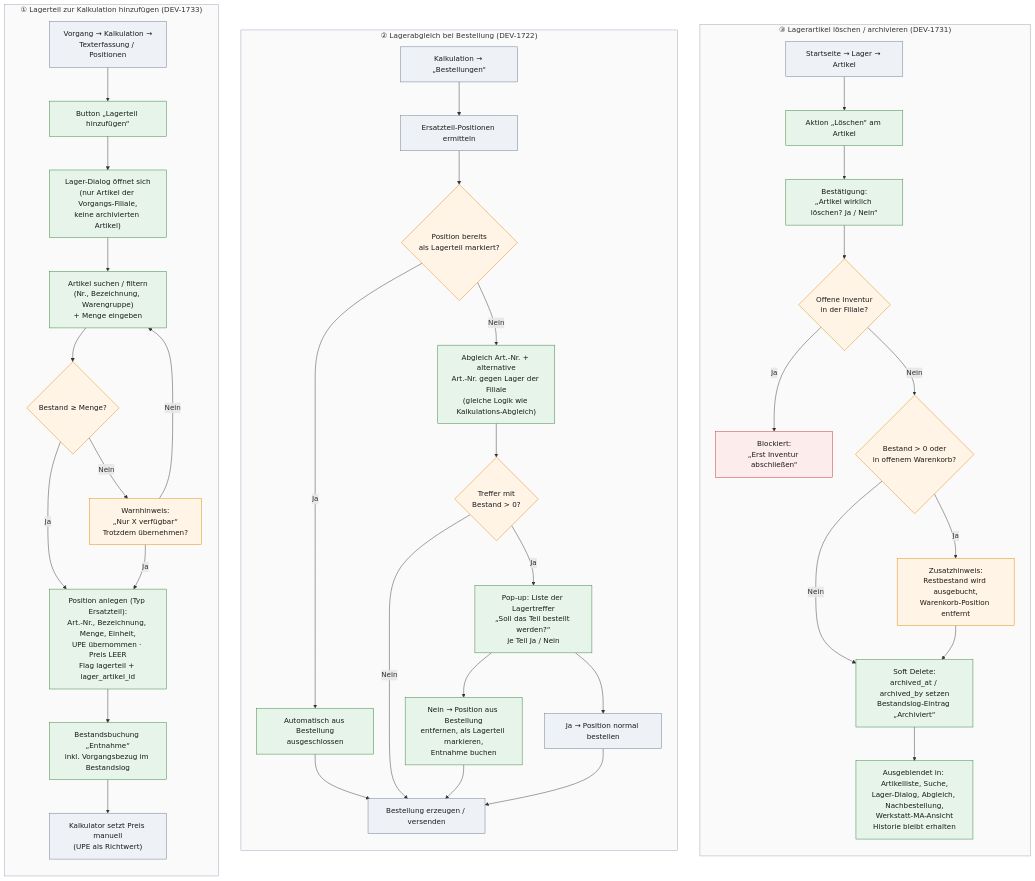
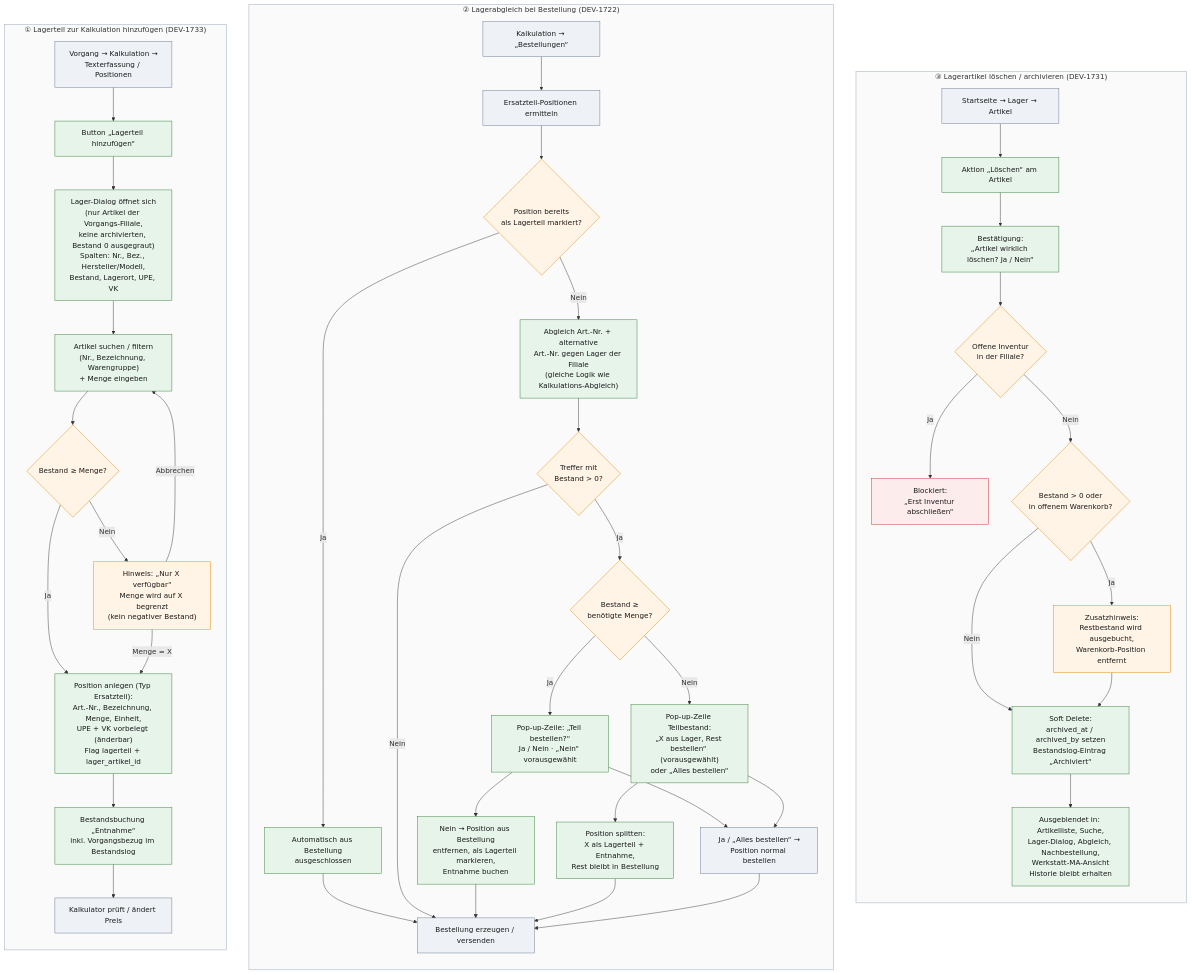
The diagram in diagrams/lagermodul_prozessflow.mmd (tb546/Enhancements-to-the-Lager-Modul-for-comprehensive-use.), drawn with Mermaid before and after one commit. The commit also changed 10 other files, not shown here.

```diff
--- a/diagrams/lagermodul_prozessflow.mmd
+++ b/diagrams/lagermodul_prozessflow.mmd
@@ -1,70 +1,78 @@
 flowchart LR
     classDef new fill:#E6F4EA,stroke:#2E7D32,color:#1B1B1B
     classDef decision fill:#FFF4E5,stroke:#E08600,color:#1B1B1B
     classDef existing fill:#EEF2F7,stroke:#64748B,color:#1B1B1B
     classDef stop fill:#FDECEC,stroke:#C62828,color:#1B1B1B
 
     subgraph A["① Lagerteil zur Kalkulation hinzufügen (DEV-1733)"]
         direction TB
         A1["Vorgang → Kalkulation →<br/>Texterfassung / Positionen"]:::existing
         A2["Button „Lagerteil hinzufügen“"]:::new
-        A3["Lager-Dialog öffnet sich<br/>(nur Artikel der Vorgangs-Filiale,<br/>keine archivierten Artikel)"]:::new
+        A3["Lager-Dialog öffnet sich<br/>(nur Artikel der Vorgangs-Filiale,<br/>keine archivierten, Bestand 0 ausgegraut)<br/>Spalten: Nr., Bez., Hersteller/Modell,<br/>Bestand, Lagerort, UPE, VK"]:::new
         A4["Artikel suchen / filtern<br/>(Nr., Bezeichnung, Warengruppe)<br/>+ Menge eingeben"]:::new
         A5{"Bestand ≥ Menge?"}:::decision
-        A6["Warnhinweis:<br/>„Nur X verfügbar“<br/>Trotzdem übernehmen?"]:::decision
-        A7["Position anlegen (Typ Ersatzteil):<br/>Art.-Nr., Bezeichnung, Menge, Einheit,<br/>UPE übernommen · Preis LEER<br/>Flag lagerteil + lager_artikel_id"]:::new
+        A6["Hinweis: „Nur X verfügbar“<br/>Menge wird auf X begrenzt<br/>(kein negativer Bestand)"]:::decision
+        A7["Position anlegen (Typ Ersatzteil):<br/>Art.-Nr., Bezeichnung, Menge, Einheit,<br/>UPE + VK vorbelegt (änderbar)<br/>Flag lagerteil + lager_artikel_id"]:::new
         A8["Bestandsbuchung „Entnahme“<br/>inkl. Vorgangsbezug im Bestandslog"]:::new
-        A9["Kalkulator setzt Preis manuell<br/>(UPE als Richtwert)"]:::existing
+        A9["Kalkulator prüft / ändert Preis"]:::existing
         A1 --> A2 --> A3 --> A4 --> A5
         A5 -- Ja --> A7
         A5 -- Nein --> A6
-        A6 -- Ja --> A7
-        A6 -- Nein --> A4
+        A6 -- "Menge = X" --> A7
+        A6 -- Abbrechen --> A4
         A7 --> A8 --> A9
     end
 
     subgraph B["② Lagerabgleich bei Bestellung (DEV-1722)"]
         direction TB
         B1["Kalkulation → „Bestellungen“"]:::existing
         B2["Ersatzteil-Positionen ermitteln"]:::existing
         B3{"Position bereits<br/>als Lagerteil markiert?"}:::decision
         B4["Automatisch aus Bestellung<br/>ausgeschlossen"]:::new
         B5["Abgleich Art.-Nr. + alternative<br/>Art.-Nr. gegen Lager der Filiale<br/>(gleiche Logik wie Kalkulations-Abgleich)"]:::new
         B6{"Treffer mit<br/>Bestand > 0?"}:::decision
-        B7["Pop-up: Liste der Lagertreffer<br/>„Soll das Teil bestellt werden?“<br/>je Teil Ja / Nein"]:::new
+        B6b{"Bestand ≥<br/>benötigte Menge?"}:::decision
+        B7["Pop-up-Zeile: „Teil bestellen?“<br/>Ja / Nein · „Nein“ vorausgewählt"]:::new
+        B7b["Pop-up-Zeile Teilbestand:<br/>„X aus Lager, Rest bestellen“ (vorausgewählt)<br/>oder „Alles bestellen“"]:::new
         B8["Nein → Position aus Bestellung<br/>entfernen, als Lagerteil markieren,<br/>Entnahme buchen"]:::new
-        B9["Ja → Position normal bestellen"]:::existing
+        B11["Position splitten:<br/>X als Lagerteil + Entnahme,<br/>Rest bleibt in Bestellung"]:::new
+        B9["Ja / „Alles bestellen“ →<br/>Position normal bestellen"]:::existing
         B10["Bestellung erzeugen / versenden"]:::existing
         B1 --> B2 --> B3
         B3 -- Ja --> B4 --> B10
         B3 -- Nein --> B5 --> B6
         B6 -- Nein --> B10
-        B6 -- Ja --> B7
+        B6 -- Ja --> B6b
+        B6b -- Ja --> B7
+        B6b -- Nein --> B7b
         B7 --> B8 --> B10
-        B7 --> B9 --> B10
+        B7 --> B9
+        B7b --> B11 --> B10
+        B7b --> B9
+        B9 --> B10
     end
 
     subgraph C["③ Lagerartikel löschen / archivieren (DEV-1731)"]
         direction TB
         C1["Startseite → Lager → Artikel"]:::existing
         C2["Aktion „Löschen“ am Artikel"]:::new
         C3["Bestätigung:<br/>„Artikel wirklich löschen? Ja / Nein“"]:::new
         C4{"Offene Inventur<br/>in der Filiale?"}:::decision
         C5["Blockiert:<br/>„Erst Inventur abschließen“"]:::stop
         C6{"Bestand > 0 oder<br/>in offenem Warenkorb?"}:::decision
         C7["Zusatzhinweis:<br/>Restbestand wird ausgebucht,<br/>Warenkorb-Position entfernt"]:::decision
         C8["Soft Delete:<br/>archived_at / archived_by setzen<br/>Bestandslog-Eintrag „Archiviert“"]:::new
         C9["Ausgeblendet in: Artikelliste, Suche,<br/>Lager-Dialog, Abgleich, Nachbestellung,<br/>Werkstatt-MA-Ansicht<br/>Historie bleibt erhalten"]:::new
         C1 --> C2 --> C3 --> C4
         C4 -- Ja --> C5
         C4 -- Nein --> C6
         C6 -- Nein --> C8
         C6 -- Ja --> C7 --> C8
         C8 --> C9
     end
 
     A ~~~ B ~~~ C
 
     style A fill:#FAFAFA,stroke:#94A3B8
     style B fill:#FAFAFA,stroke:#94A3B8
     style C fill:#FAFAFA,stroke:#94A3B8
```
